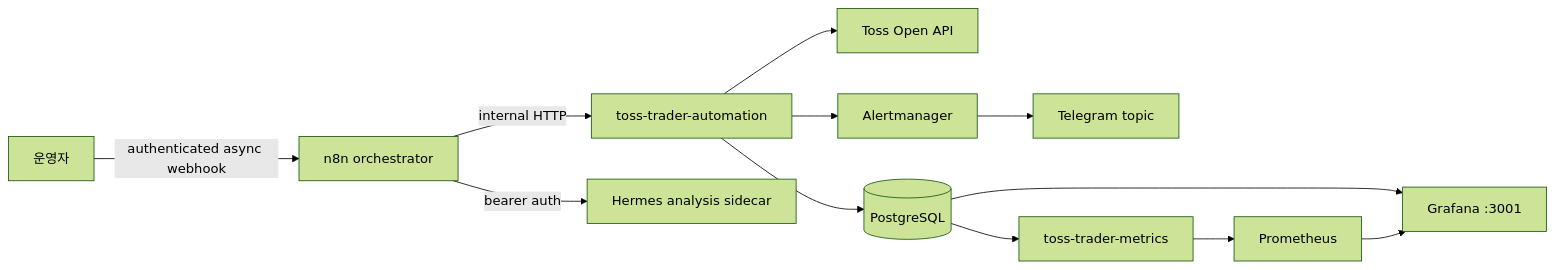
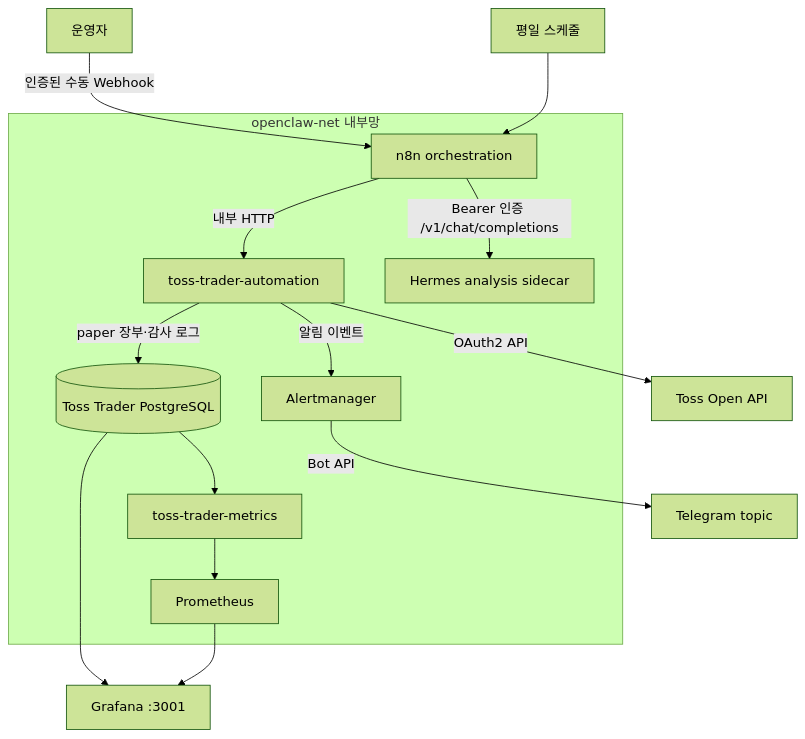
Before and after one commit to hunchulchoi/toss-trader: the first of 5 diagrams in docs/system-workflow.md, drawn with Mermaid (forest theme). The commit also changed other lines of this file, not shown here.

Commit message:
docs(architecture): add system and api diagrams

````diff
--- a/docs/system-workflow.md
+++ b/docs/system-workflow.md
@@ -5,14 +5,26 @@
 ```mermaid
-flowchart LR
-    O[운영자] -->|authenticated async webhook| N[n8n orchestrator]
-    N -->|internal HTTP| A[toss-trader-automation]
-    A --> C[Toss Open API]
-    A --> P[(PostgreSQL)]
-    N -->|bearer auth| H[Hermes analysis sidecar]
-    A --> AM[Alertmanager]
-    AM --> T[Telegram topic]
-    P --> M[toss-trader-metrics]
-    M --> PR[Prometheus]
-    P --> G[Grafana :3001]
-    PR --> G
+flowchart TB
+    OP[운영자] -->|인증된 수동 Webhook| N8N
+    SCHED[평일 스케줄] --> N8N
+
+    subgraph NET[openclaw-net 내부망]
+        N8N[n8n orchestration]
+        AUTO[toss-trader-automation]
+        HERMES[Hermes analysis sidecar]
+        AM[Alertmanager]
+        DB[(Toss Trader PostgreSQL)]
+        METRICS[toss-trader-metrics]
+        PROM[Prometheus]
+    end
+
+    N8N -->|내부 HTTP| AUTO
+    N8N -->|Bearer 인증 /v1/chat/completions| HERMES
+    AUTO -->|OAuth2 API| TOSS[Toss Open API]
+    AUTO -->|paper 장부·감사 로그| DB
+    AUTO -->|알림 이벤트| AM
+    AM -->|Bot API| TELEGRAM[Telegram topic]
+    DB --> METRICS
+    METRICS --> PROM
+    DB --> GRAFANA[Grafana :3001]
+    PROM --> GRAFANA
 ```
````
